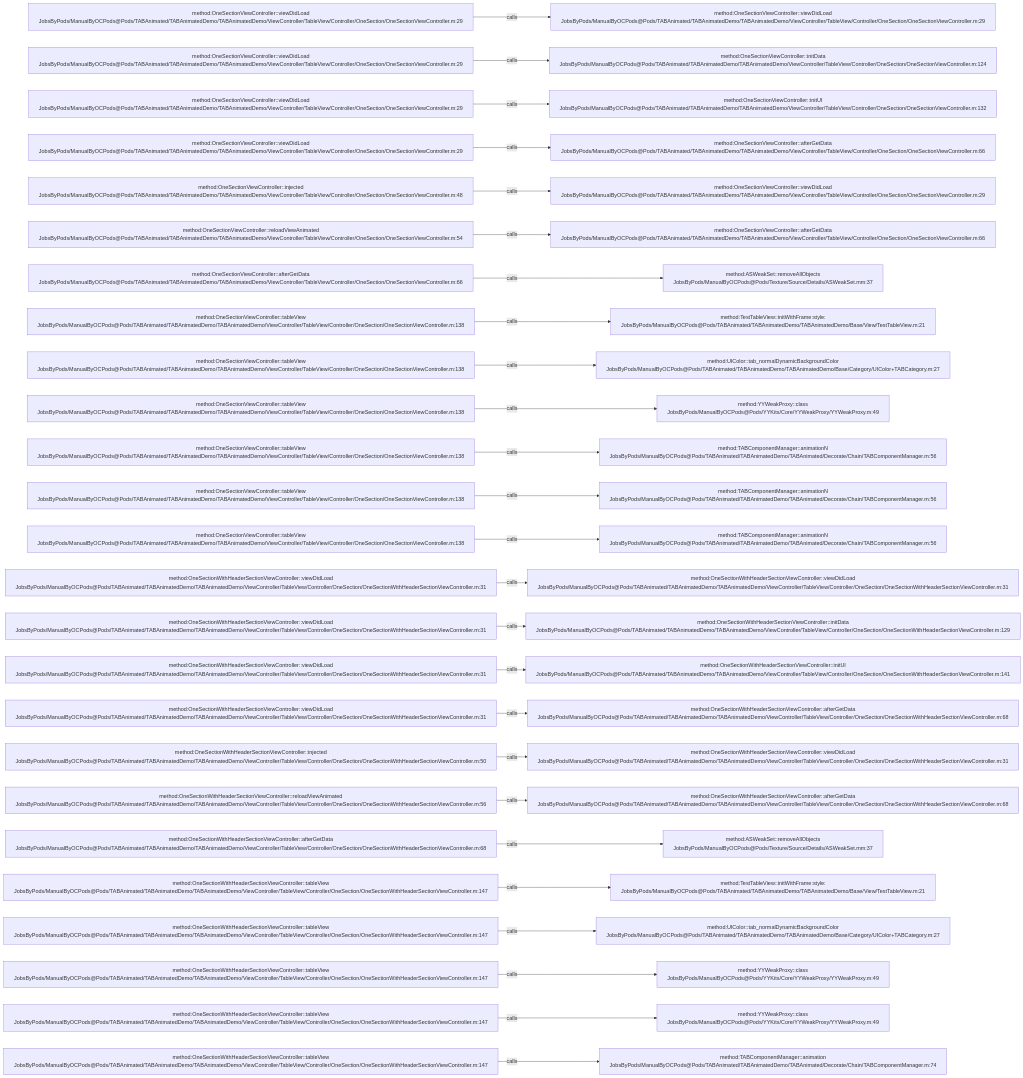
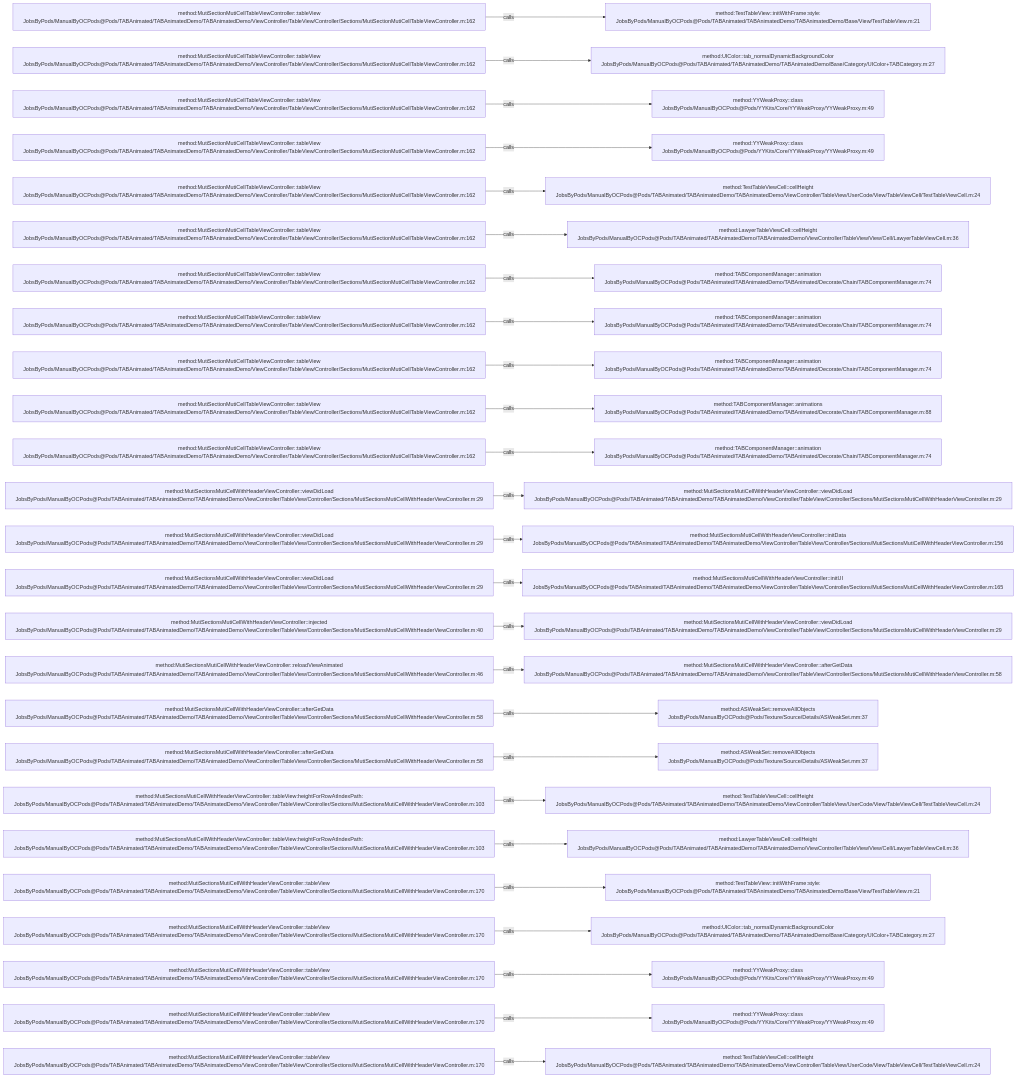
Before and after one commit to JobsKits/JobsOCBaseConfigDemo: the diagram in .codegraph/codegraph.md/graphs/calls-054.md, drawn with Mermaid. The commit also changed 1448 other files, not shown here.

````diff
--- a/.codegraph/codegraph.md/graphs/calls-054.md
+++ b/.codegraph/codegraph.md/graphs/calls-054.md
@@ -13,78 +13,78 @@
 ```mermaid
 flowchart LR
-  S1["method:OneSectionViewController::viewDidLoad<br/>JobsByPods/ManualByOCPods@Pods/TABAnimated/TABAnimatedDemo/TABAnimatedDemo/ViewController/TableView/Controller/OneSection/OneSectionViewController.m:29"]
-  T1["method:OneSectionViewController::viewDidLoad<br/>JobsByPods/ManualByOCPods@Pods/TABAnimated/TABAnimatedDemo/TABAnimatedDemo/ViewController/TableView/Controller/OneSection/OneSectionViewController.m:29"]
+  S1["method:MutiSectionMutiCellTableViewController::tableView<br/>JobsByPods/ManualByOCPods@Pods/TABAnimated/TABAnimatedDemo/TABAnimatedDemo/ViewController/TableView/Controller/Sections/MutiSectionMutiCellTableViewController.m:162"]
+  T1["method:TestTableView::initWithFrame:style:<br/>JobsByPods/ManualByOCPods@Pods/TABAnimated/TABAnimatedDemo/TABAnimatedDemo/Base/View/TestTableView.m:21"]
   S1 -->|calls| T1
-  S2["method:OneSectionViewController::viewDidLoad<br/>JobsByPods/ManualByOCPods@Pods/TABAnimated/TABAnimatedDemo/TABAnimatedDemo/ViewController/TableView/Controller/OneSection/OneSectionViewController.m:29"]
-  T2["method:OneSectionViewController::initData<br/>JobsByPods/ManualByOCPods@Pods/TABAnimated/TABAnimatedDemo/TABAnimatedDemo/ViewController/TableView/Controller/OneSection/OneSectionViewController.m:124"]
+  S2["method:MutiSectionMutiCellTableViewController::tableView<br/>JobsByPods/ManualByOCPods@Pods/TABAnimated/TABAnimatedDemo/TABAnimatedDemo/ViewController/TableView/Controller/Sections/MutiSectionMutiCellTableViewController.m:162"]
+  T2["method:UIColor::tab_normalDynamicBackgroundColor<br/>JobsByPods/ManualByOCPods@Pods/TABAnimated/TABAnimatedDemo/TABAnimatedDemo/Base/Category/UIColor+TABCategory.m:27"]
   S2 -->|calls| T2
-  S3["method:OneSectionViewController::viewDidLoad<br/>JobsByPods/ManualByOCPods@Pods/TABAnimated/TABAnimatedDemo/TABAnimatedDemo/ViewController/TableView/Controller/OneSection/OneSectionViewController.m:29"]
-  T3["method:OneSectionViewController::initUI<br/>JobsByPods/ManualByOCPods@Pods/TABAnimated/TABAnimatedDemo/TABAnimatedDemo/ViewController/TableView/Controller/OneSection/OneSectionViewController.m:132"]
+  S3["method:MutiSectionMutiCellTableViewController::tableView<br/>JobsByPods/ManualByOCPods@Pods/TABAnimated/TABAnimatedDemo/TABAnimatedDemo/ViewController/TableView/Controller/Sections/MutiSectionMutiCellTableViewController.m:162"]
+  T3["method:YYWeakProxy::class<br/>JobsByPods/ManualByOCPods@Pods/YYKits/Core/YYWeakProxy/YYWeakProxy.m:49"]
   S3 -->|calls| T3
-  S4["method:OneSectionViewController::viewDidLoad<br/>JobsByPods/ManualByOCPods@Pods/TABAnimated/TABAnimatedDemo/TABAnimatedDemo/ViewController/TableView/Controller/OneSection/OneSectionViewController.m:29"]
-  T4["method:OneSectionViewController::afterGetData<br/>JobsByPods/ManualByOCPods@Pods/TABAnimated/TABAnimatedDemo/TABAnimatedDemo/ViewController/TableView/Controller/OneSection/OneSectionViewController.m:66"]
+  S4["method:MutiSectionMutiCellTableViewController::tableView<br/>JobsByPods/ManualByOCPods@Pods/TABAnimated/TABAnimatedDemo/TABAnimatedDemo/ViewController/TableView/Controller/Sections/MutiSectionMutiCellTableViewController.m:162"]
+  T4["method:YYWeakProxy::class<br/>JobsByPods/ManualByOCPods@Pods/YYKits/Core/YYWeakProxy/YYWeakProxy.m:49"]
   S4 -->|calls| T4
-  S5["method:OneSectionViewController::injected<br/>JobsByPods/ManualByOCPods@Pods/TABAnimated/TABAnimatedDemo/TABAnimatedDemo/ViewController/TableView/Controller/OneSection/OneSectionViewController.m:48"]
-  T5["method:OneSectionViewController::viewDidLoad<br/>JobsByPods/ManualByOCPods@Pods/TABAnimated/TABAnimatedDemo/TABAnimatedDemo/ViewController/TableView/Controller/OneSection/OneSectionViewController.m:29"]
+  S5["method:MutiSectionMutiCellTableViewController::tableView<br/>JobsByPods/ManualByOCPods@Pods/TABAnimated/TABAnimatedDemo/TABAnimatedDemo/ViewController/TableView/Controller/Sections/MutiSectionMutiCellTableViewController.m:162"]
+  T5["method:TestTableViewCell::cellHeight<br/>JobsByPods/ManualByOCPods@Pods/TABAnimated/TABAnimatedDemo/TABAnimatedDemo/ViewController/TableView/UserCode/View/TableViewCell/TestTableViewCell.m:24"]
   S5 -->|calls| T5
-  S6["method:OneSectionViewController::reloadViewAnimated<br/>JobsByPods/ManualByOCPods@Pods/TABAnimated/TABAnimatedDemo/TABAnimatedDemo/ViewController/TableView/Controller/OneSection/OneSectionViewController.m:54"]
-  T6["method:OneSectionViewController::afterGetData<br/>JobsByPods/ManualByOCPods@Pods/TABAnimated/TABAnimatedDemo/TABAnimatedDemo/ViewController/TableView/Controller/OneSection/OneSectionViewController.m:66"]
+  S6["method:MutiSectionMutiCellTableViewController::tableView<br/>JobsByPods/ManualByOCPods@Pods/TABAnimated/TABAnimatedDemo/TABAnimatedDemo/ViewController/TableView/Controller/Sections/MutiSectionMutiCellTableViewController.m:162"]
+  T6["method:LawyerTableViewCell::cellHeight<br/>JobsByPods/ManualByOCPods@Pods/TABAnimated/TABAnimatedDemo/TABAnimatedDemo/ViewController/TableView/View/Cell/LawyerTableViewCell.m:36"]
   S6 -->|calls| T6
-  S7["method:OneSectionViewController::afterGetData<br/>JobsByPods/ManualByOCPods@Pods/TABAnimated/TABAnimatedDemo/TABAnimatedDemo/ViewController/TableView/Controller/OneSection/OneSectionViewController.m:66"]
-  T7["method:ASWeakSet::removeAllObjects<br/>JobsByPods/ManualByOCPods@Pods/Texture/Source/Details/ASWeakSet.mm:37"]
+  S7["method:MutiSectionMutiCellTableViewController::tableView<br/>JobsByPods/ManualByOCPods@Pods/TABAnimated/TABAnimatedDemo/TABAnimatedDemo/ViewController/TableView/Controller/Sections/MutiSectionMutiCellTableViewController.m:162"]
+  T7["method:TABComponentManager::animation<br/>JobsByPods/ManualByOCPods@Pods/TABAnimated/TABAnimatedDemo/TABAnimated/Decorate/Chain/TABComponentManager.m:74"]
   S7 -->|calls| T7
-  S8["method:OneSectionViewController::tableView<br/>JobsByPods/ManualByOCPods@Pods/TABAnimated/TABAnimatedDemo/TABAnimatedDemo/ViewController/TableView/Controller/OneSection/OneSectionViewController.m:138"]
-  T8["method:TestTableView::initWithFrame:style:<br/>JobsByPods/ManualByOCPods@Pods/TABAnimated/TABAnimatedDemo/TABAnimatedDemo/Base/View/TestTableView.m:21"]
+  S8["method:MutiSectionMutiCellTableViewController::tableView<br/>JobsByPods/ManualByOCPods@Pods/TABAnimated/TABAnimatedDemo/TABAnimatedDemo/ViewController/TableView/Controller/Sections/MutiSectionMutiCellTableViewController.m:162"]
+  T8["method:TABComponentManager::animation<br/>JobsByPods/ManualByOCPods@Pods/TABAnimated/TABAnimatedDemo/TABAnimated/Decorate/Chain/TABComponentManager.m:74"]
   S8 -->|calls| T8
-  S9["method:OneSectionViewController::tableView<br/>JobsByPods/ManualByOCPods@Pods/TABAnimated/TABAnimatedDemo/TABAnimatedDemo/ViewController/TableView/Controller/OneSection/OneSectionViewController.m:138"]
-  T9["method:UIColor::tab_normalDynamicBackgroundColor<br/>JobsByPods/ManualByOCPods@Pods/TABAnimated/TABAnimatedDemo/TABAnimatedDemo/Base/Category/UIColor+TABCategory.m:27"]
+  S9["method:MutiSectionMutiCellTableViewController::tableView<br/>JobsByPods/ManualByOCPods@Pods/TABAnimated/TABAnimatedDemo/TABAnimatedDemo/ViewController/TableView/Controller/Sections/MutiSectionMutiCellTableViewController.m:162"]
+  T9["method:TABComponentManager::animation<br/>JobsByPods/ManualByOCPods@Pods/TABAnimated/TABAnimatedDemo/TABAnimated/Decorate/Chain/TABComponentManager.m:74"]
   S9 -->|calls| T9
-  S10["method:OneSectionViewController::tableView<br/>JobsByPods/ManualByOCPods@Pods/TABAnimated/TABAnimatedDemo/TABAnimatedDemo/ViewController/TableView/Controller/OneSection/OneSectionViewController.m:138"]
-  T10["method:YYWeakProxy::class<br/>JobsByPods/ManualByOCPods@Pods/YYKits/Core/YYWeakProxy/YYWeakProxy.m:49"]
+  S10["method:MutiSectionMutiCellTableViewController::tableView<br/>JobsByPods/ManualByOCPods@Pods/TABAnimated/TABAnimatedDemo/TABAnimatedDemo/ViewController/TableView/Controller/Sections/MutiSectionMutiCellTableViewController.m:162"]
+  T10["method:TABComponentManager::animations<br/>JobsByPods/ManualByOCPods@Pods/TABAnimated/TABAnimatedDemo/TABAnimated/Decorate/Chain/TABComponentManager.m:88"]
   S10 -->|calls| T10
-  S11["method:OneSectionViewController::tableView<br/>JobsByPods/ManualByOCPods@Pods/TABAnimated/TABAnimatedDemo/TABAnimatedDemo/ViewController/TableView/Controller/OneSection/OneSectionViewController.m:138"]
-  T11["method:TABComponentManager::animationN<br/>JobsByPods/ManualByOCPods@Pods/TABAnimated/TABAnimatedDemo/TABAnimated/Decorate/Chain/TABComponentManager.m:56"]
+  S11["method:MutiSectionMutiCellTableViewController::tableView<br/>JobsByPods/ManualByOCPods@Pods/TABAnimated/TABAnimatedDemo/TABAnimatedDemo/ViewController/TableView/Controller/Sections/MutiSectionMutiCellTableViewController.m:162"]
+  T11["method:TABComponentManager::animation<br/>JobsByPods/ManualByOCPods@Pods/TABAnimated/TABAnimatedDemo/TABAnimated/Decorate/Chain/TABComponentManager.m:74"]
   S11 -->|calls| T11
-  S12["method:OneSectionViewController::tableView<br/>JobsByPods/ManualByOCPods@Pods/TABAnimated/TABAnimatedDemo/TABAnimatedDemo/ViewController/TableView/Controller/OneSection/OneSectionViewController.m:138"]
-  T12["method:TABComponentManager::animationN<br/>JobsByPods/ManualByOCPods@Pods/TABAnimated/TABAnimatedDemo/TABAnimated/Decorate/Chain/TABComponentManager.m:56"]
+  S12["method:MutiSectionsMutiCellWithHeaderViewController::viewDidLoad<br/>JobsByPods/ManualByOCPods@Pods/TABAnimated/TABAnimatedDemo/TABAnimatedDemo/ViewController/TableView/Controller/Sections/MutiSectionsMutiCellWithHeaderViewController.m:29"]
+  T12["method:MutiSectionsMutiCellWithHeaderViewController::viewDidLoad<br/>JobsByPods/ManualByOCPods@Pods/TABAnimated/TABAnimatedDemo/TABAnimatedDemo/ViewController/TableView/Controller/Sections/MutiSectionsMutiCellWithHeaderViewController.m:29"]
   S12 -->|calls| T12
-  S13["method:OneSectionViewController::tableView<br/>JobsByPods/ManualByOCPods@Pods/TABAnimated/TABAnimatedDemo/TABAnimatedDemo/ViewController/TableView/Controller/OneSection/OneSectionViewController.m:138"]
-  T13["method:TABComponentManager::animationN<br/>JobsByPods/ManualByOCPods@Pods/TABAnimated/TABAnimatedDemo/TABAnimated/Decorate/Chain/TABComponentManager.m:56"]
+  S13["method:MutiSectionsMutiCellWithHeaderViewController::viewDidLoad<br/>JobsByPods/ManualByOCPods@Pods/TABAnimated/TABAnimatedDemo/TABAnimatedDemo/ViewController/TableView/Controller/Sections/MutiSectionsMutiCellWithHeaderViewController.m:29"]
+  T13["method:MutiSectionsMutiCellWithHeaderViewController::initData<br/>JobsByPods/ManualByOCPods@Pods/TABAnimated/TABAnimatedDemo/TABAnimatedDemo/ViewController/TableView/Controller/Sections/MutiSectionsMutiCellWithHeaderViewController.m:156"]
   S13 -->|calls| T13
-  S14["method:OneSectionWithHeaderSectionViewController::viewDidLoad<br/>JobsByPods/ManualByOCPods@Pods/TABAnimated/TABAnimatedDemo/TABAnimatedDemo/ViewController/TableView/Controller/OneSection/OneSectionWithHeaderSectionViewController.m:31"]
-  T14["method:OneSectionWithHeaderSectionViewController::viewDidLoad<br/>JobsByPods/ManualByOCPods@Pods/TABAnimated/TABAnimatedDemo/TABAnimatedDemo/ViewController/TableView/Controller/OneSection/OneSectionWithHeaderSectionViewController.m:31"]
+  S14["method:MutiSectionsMutiCellWithHeaderViewController::viewDidLoad<br/>JobsByPods/ManualByOCPods@Pods/TABAnimated/TABAnimatedDemo/TABAnimatedDemo/ViewController/TableView/Controller/Sections/MutiSectionsMutiCellWithHeaderViewController.m:29"]
+  T14["method:MutiSectionsMutiCellWithHeaderViewController::initUI<br/>JobsByPods/ManualByOCPods@Pods/TABAnimated/TABAnimatedDemo/TABAnimatedDemo/ViewController/TableView/Controller/Sections/MutiSectionsMutiCellWithHeaderViewController.m:165"]
   S14 -->|calls| T14
-  S15["method:OneSectionWithHeaderSectionViewController::viewDidLoad<br/>JobsByPods/ManualByOCPods@Pods/TABAnimated/TABAnimatedDemo/TABAnimatedDemo/ViewController/TableView/Controller/OneSection/OneSectionWithHeaderSectionViewController.m:31"]
-  T15["method:OneSectionWithHeaderSectionViewController::initData<br/>JobsByPods/ManualByOCPods@Pods/TABAnimated/TABAnimatedDemo/TABAnimatedDemo/ViewController/TableView/Controller/OneSection/OneSectionWithHeaderSectionViewController.m:129"]
+  S15["method:MutiSectionsMutiCellWithHeaderViewController::injected<br/>JobsByPods/ManualByOCPods@Pods/TABAnimated/TABAnimatedDemo/TABAnimatedDemo/ViewController/TableView/Controller/Sections/MutiSectionsMutiCellWithHeaderViewController.m:40"]
+  T15["method:MutiSectionsMutiCellWithHeaderViewController::viewDidLoad<br/>JobsByPods/ManualByOCPods@Pods/TABAnimated/TABAnimatedDemo/TABAnimatedDemo/ViewController/TableView/Controller/Sections/MutiSectionsMutiCellWithHeaderViewController.m:29"]
   S15 -->|calls| T15
-  S16["method:OneSectionWithHeaderSectionViewController::viewDidLoad<br/>JobsByPods/ManualByOCPods@Pods/TABAnimated/TABAnimatedDemo/TABAnimatedDemo/ViewController/TableView/Controller/OneSection/OneSectionWithHeaderSectionViewController.m:31"]
-  T16["method:OneSectionWithHeaderSectionViewController::initUI<br/>JobsByPods/ManualByOCPods@Pods/TABAnimated/TABAnimatedDemo/TABAnimatedDemo/ViewController/TableView/Controller/OneSection/OneSectionWithHeaderSectionViewController.m:141"]
+  S16["method:MutiSectionsMutiCellWithHeaderViewController::reloadViewAnimated<br/>JobsByPods/ManualByOCPods@Pods/TABAnimated/TABAnimatedDemo/TABAnimatedDemo/ViewController/TableView/Controller/Sections/MutiSectionsMutiCellWithHeaderViewController.m:46"]
+  T16["method:MutiSectionsMutiCellWithHeaderViewController::afterGetData<br/>JobsByPods/ManualByOCPods@Pods/TABAnimated/TABAnimatedDemo/TABAnimatedDemo/ViewController/TableView/Controller/Sections/MutiSectionsMutiCellWithHeaderViewController.m:58"]
   S16 -->|calls| T16
-  S17["method:OneSectionWithHeaderSectionViewController::viewDidLoad<br/>JobsByPods/ManualByOCPods@Pods/TABAnimated/TABAnimatedDemo/TABAnimatedDemo/ViewController/TableView/Controller/OneSection/OneSectionWithHeaderSectionViewController.m:31"]
-  T17["method:OneSectionWithHeaderSectionViewController::afterGetData<br/>JobsByPods/ManualByOCPods@Pods/TABAnimated/TABAnimatedDemo/TABAnimatedDemo/ViewController/TableView/Controller/OneSection/OneSectionWithHeaderSectionViewController.m:68"]
+  S17["method:MutiSectionsMutiCellWithHeaderViewController::afterGetData<br/>JobsByPods/ManualByOCPods@Pods/TABAnimated/TABAnimatedDemo/TABAnimatedDemo/ViewController/TableView/Controller/Sections/MutiSectionsMutiCellWithHeaderViewController.m:58"]
+  T17["method:ASWeakSet::removeAllObjects<br/>JobsByPods/ManualByOCPods@Pods/Texture/Source/Details/ASWeakSet.mm:37"]
   S17 -->|calls| T17
-  S18["method:OneSectionWithHeaderSectionViewController::injected<br/>JobsByPods/ManualByOCPods@Pods/TABAnimated/TABAnimatedDemo/TABAnimatedDemo/ViewController/TableView/Controller/OneSection/OneSectionWithHeaderSectionViewController.m:50"]
-  T18["method:OneSectionWithHeaderSectionViewController::viewDidLoad<br/>JobsByPods/ManualByOCPods@Pods/TABAnimated/TABAnimatedDemo/TABAnimatedDemo/ViewController/TableView/Controller/OneSection/OneSectionWithHeaderSectionViewController.m:31"]
+  S18["method:MutiSectionsMutiCellWithHeaderViewController::afterGetData<br/>JobsByPods/ManualByOCPods@Pods/TABAnimated/TABAnimatedDemo/TABAnimatedDemo/ViewController/TableView/Controller/Sections/MutiSectionsMutiCellWithHeaderViewController.m:58"]
+  T18["method:ASWeakSet::removeAllObjects<br/>JobsByPods/ManualByOCPods@Pods/Texture/Source/Details/ASWeakSet.mm:37"]
   S18 -->|calls| T18
-  S19["method:OneSectionWithHeaderSectionViewController::reloadViewAnimated<br/>JobsByPods/ManualByOCPods@Pods/TABAnimated/TABAnimatedDemo/TABAnimatedDemo/ViewController/TableView/Controller/OneSection/OneSectionWithHeaderSectionViewController.m:56"]
-  T19["method:OneSectionWithHeaderSectionViewController::afterGetData<br/>JobsByPods/ManualByOCPods@Pods/TABAnimated/TABAnimatedDemo/TABAnimatedDemo/ViewController/TableView/Controller/OneSection/OneSectionWithHeaderSectionViewController.m:68"]
+  S19["method:MutiSectionsMutiCellWithHeaderViewController::tableView:heightForRowAtIndexPath:<br/>JobsByPods/ManualByOCPods@Pods/TABAnimated/TABAnimatedDemo/TABAnimatedDemo/ViewController/TableView/Controller/Sections/MutiSectionsMutiCellWithHeaderViewController.m:103"]
+  T19["method:TestTableViewCell::cellHeight<br/>JobsByPods/ManualByOCPods@Pods/TABAnimated/TABAnimatedDemo/TABAnimatedDemo/ViewController/TableView/UserCode/View/TableViewCell/TestTableViewCell.m:24"]
   S19 -->|calls| T19
-  S20["method:OneSectionWithHeaderSectionViewController::afterGetData<br/>JobsByPods/ManualByOCPods@Pods/TABAnimated/TABAnimatedDemo/TABAnimatedDemo/ViewController/TableView/Controller/OneSection/OneSectionWithHeaderSectionViewController.m:68"]
-  T20["method:ASWeakSet::removeAllObjects<br/>JobsByPods/ManualByOCPods@Pods/Texture/Source/Details/ASWeakSet.mm:37"]
+  S20["method:MutiSectionsMutiCellWithHeaderViewController::tableView:heightForRowAtIndexPath:<br/>JobsByPods/ManualByOCPods@Pods/TABAnimated/TABAnimatedDemo/TABAnimatedDemo/ViewController/TableView/Controller/Sections/MutiSectionsMutiCellWithHeaderViewController.m:103"]
+  T20["method:LawyerTableViewCell::cellHeight<br/>JobsByPods/ManualByOCPods@Pods/TABAnimated/TABAnimatedDemo/TABAnimatedDemo/ViewController/TableView/View/Cell/LawyerTableViewCell.m:36"]
   S20 -->|calls| T20
-  S21["method:OneSectionWithHeaderSectionViewController::tableView<br/>JobsByPods/ManualByOCPods@Pods/TABAnimated/TABAnimatedDemo/TABAnimatedDemo/ViewController/TableView/Controller/OneSection/OneSectionWithHeaderSectionViewController.m:147"]
+  S21["method:MutiSectionsMutiCellWithHeaderViewController::tableView<br/>JobsByPods/ManualByOCPods@Pods/TABAnimated/TABAnimatedDemo/TABAnimatedDemo/ViewController/TableView/Controller/Sections/MutiSectionsMutiCellWithHeaderViewController.m:170"]
   T21["method:TestTableView::initWithFrame:style:<br/>JobsByPods/ManualByOCPods@Pods/TABAnimated/TABAnimatedDemo/TABAnimatedDemo/Base/View/TestTableView.m:21"]
   S21 -->|calls| T21
-  S22["method:OneSectionWithHeaderSectionViewController::tableView<br/>JobsByPods/ManualByOCPods@Pods/TABAnimated/TABAnimatedDemo/TABAnimatedDemo/ViewController/TableView/Controller/OneSection/OneSectionWithHeaderSectionViewController.m:147"]
+  S22["method:MutiSectionsMutiCellWithHeaderViewController::tableView<br/>JobsByPods/ManualByOCPods@Pods/TABAnimated/TABAnimatedDemo/TABAnimatedDemo/ViewController/TableView/Controller/Sections/MutiSectionsMutiCellWithHeaderViewController.m:170"]
   T22["method:UIColor::tab_normalDynamicBackgroundColor<br/>JobsByPods/ManualByOCPods@Pods/TABAnimated/TABAnimatedDemo/TABAnimatedDemo/Base/Category/UIColor+TABCategory.m:27"]
   S22 -->|calls| T22
-  S23["method:OneSectionWithHeaderSectionViewController::tableView<br/>JobsByPods/ManualByOCPods@Pods/TABAnimated/TABAnimatedDemo/TABAnimatedDemo/ViewController/TableView/Controller/OneSection/OneSectionWithHeaderSectionViewController.m:147"]
+  S23["method:MutiSectionsMutiCellWithHeaderViewController::tableView<br/>JobsByPods/ManualByOCPods@Pods/TABAnimated/TABAnimatedDemo/TABAnimatedDemo/ViewController/TableView/Controller/Sections/MutiSectionsMutiCellWithHeaderViewController.m:170"]
   T23["method:YYWeakProxy::class<br/>JobsByPods/ManualByOCPods@Pods/YYKits/Core/YYWeakProxy/YYWeakProxy.m:49"]
   S23 -->|calls| T23
-  S24["method:OneSectionWithHeaderSectionViewController::tableView<br/>JobsByPods/ManualByOCPods@Pods/TABAnimated/TABAnimatedDemo/TABAnimatedDemo/ViewController/TableView/Controller/OneSection/OneSectionWithHeaderSectionViewController.m:147"]
+  S24["method:MutiSectionsMutiCellWithHeaderViewController::tableView<br/>JobsByPods/ManualByOCPods@Pods/TABAnimated/TABAnimatedDemo/TABAnimatedDemo/ViewController/TableView/Controller/Sections/MutiSectionsMutiCellWithHeaderViewController.m:170"]
   T24["method:YYWeakProxy::class<br/>JobsByPods/ManualByOCPods@Pods/YYKits/Core/YYWeakProxy/YYWeakProxy.m:49"]
   S24 -->|calls| T24
-  S25["method:OneSectionWithHeaderSectionViewController::tableView<br/>JobsByPods/ManualByOCPods@Pods/TABAnimated/TABAnimatedDemo/TABAnimatedDemo/ViewController/TableView/Controller/OneSection/OneSectionWithHeaderSectionViewController.m:147"]
-  T25["method:TABComponentManager::animation<br/>JobsByPods/ManualByOCPods@Pods/TABAnimated/TABAnimatedDemo/TABAnimated/Decorate/Chain/TABComponentManager.m:74"]
+  S25["method:MutiSectionsMutiCellWithHeaderViewController::tableView<br/>JobsByPods/ManualByOCPods@Pods/TABAnimated/TABAnimatedDemo/TABAnimatedDemo/ViewController/TableView/Controller/Sections/MutiSectionsMutiCellWithHeaderViewController.m:170"]
+  T25["method:TestTableViewCell::cellHeight<br/>JobsByPods/ManualByOCPods@Pods/TABAnimated/TABAnimatedDemo/TABAnimatedDemo/ViewController/TableView/UserCode/View/TableViewCell/TestTableViewCell.m:24"]
   S25 -->|calls| T25
 ```
````
